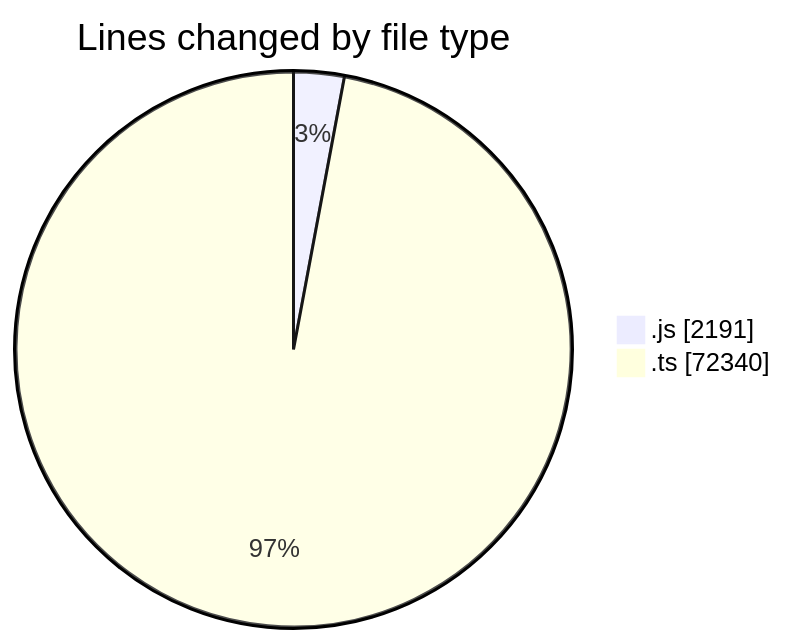
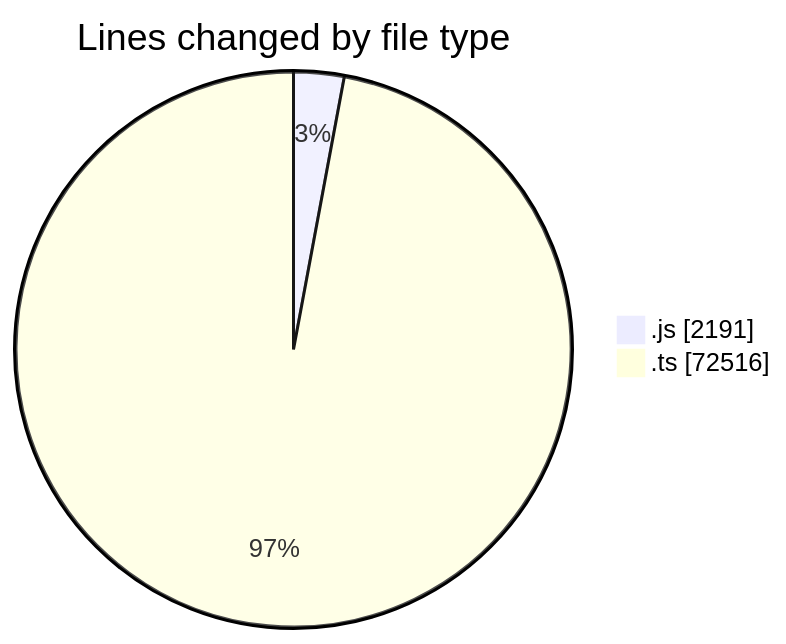
The first of 2 diagrams in 2025-06-19/cda/README.md (momahboobian/code-tracking), drawn with Mermaid before and after one commit. The commit also changed other lines of this file and 1 other file, not shown here.

````diff
--- a/2025-06-19/cda/README.md
+++ b/2025-06-19/cda/README.md
@@ -39,6 +40,6 @@
 ```mermaid
 pie showData
 title Lines changed by file type
 ".js" : 2191
-".ts" : 72340
+".ts" : 72516
 ```
````
